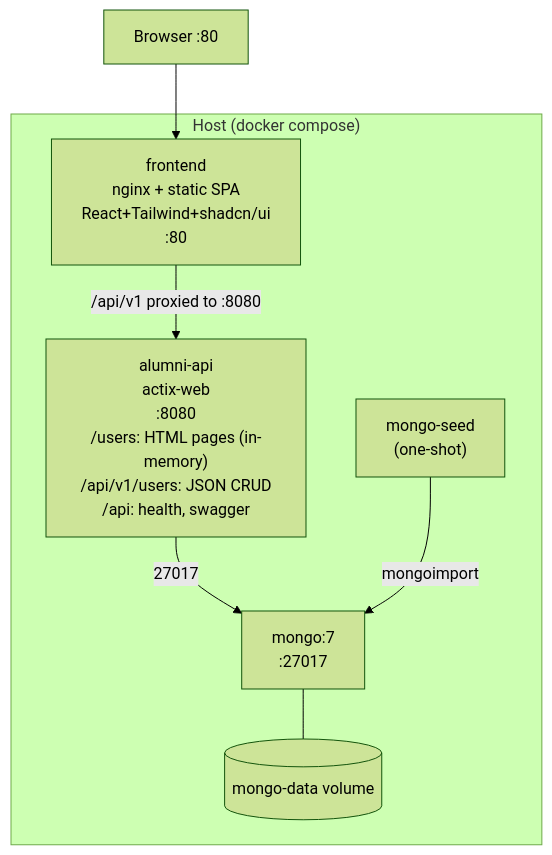
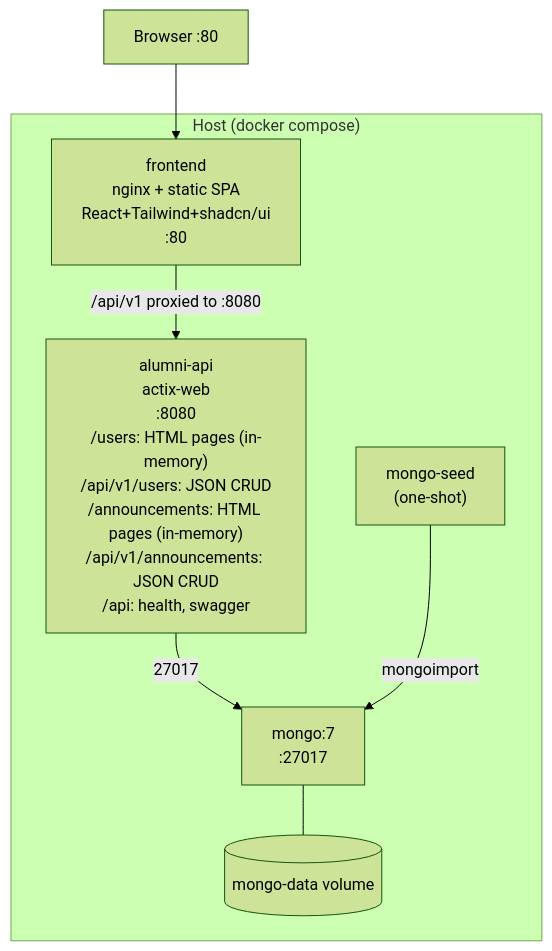
Before and after one commit to Berbadov/alumni: the diagram in docs/architecture/container.mmd, drawn with Mermaid (forest theme). The commit also changed 17 other files, not shown here.

First line of the commit message:
alumni-api: announcement model, controllers, routes and web CRUD

```diff
--- a/docs/architecture/container.mmd
+++ b/docs/architecture/container.mmd
@@ -1,15 +1,15 @@
 %% Docker compose containers, ports and volumes
 flowchart TB
     subgraph Host["Host (docker compose)"]
         FE["frontend\nnginx + static SPA\nReact+Tailwind+shadcn/ui\n:80"]
-        API["alumni-api\nactix-web\n:8080\n/users: HTML pages (in-memory)\n/api/v1/users: JSON CRUD\n/api: health, swagger"]
+        API["alumni-api\nactix-web\n:8080\n/users: HTML pages (in-memory)\n/api/v1/users: JSON CRUD\n/announcements: HTML pages (in-memory)\n/api/v1/announcements: JSON CRUD\n/api: health, swagger"]
         Seed["mongo-seed\n(one-shot)"]
         DB["mongo:7\n:27017"]
         Vol[("mongo-data volume")]
     end
 
     Browser["Browser :80"] --> FE
     FE -->|"/api/v1 proxied to :8080"| API
     API -->|27017| DB
     Seed -->|mongoimport| DB
     DB --- Vol
```
